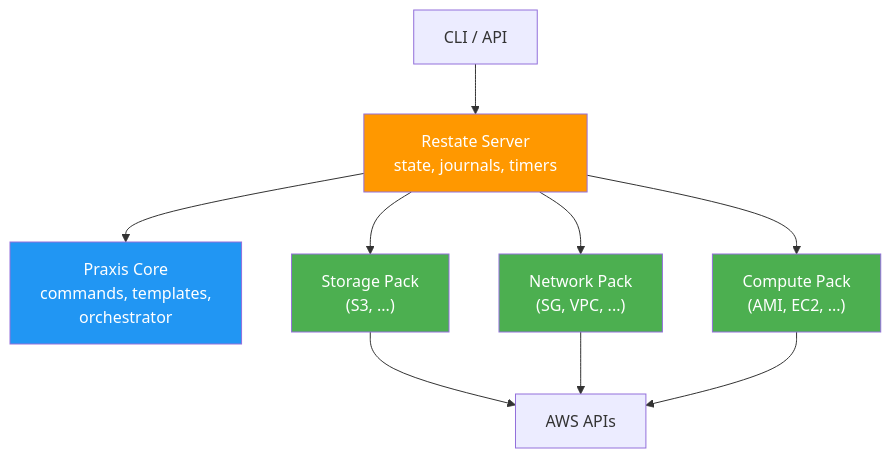
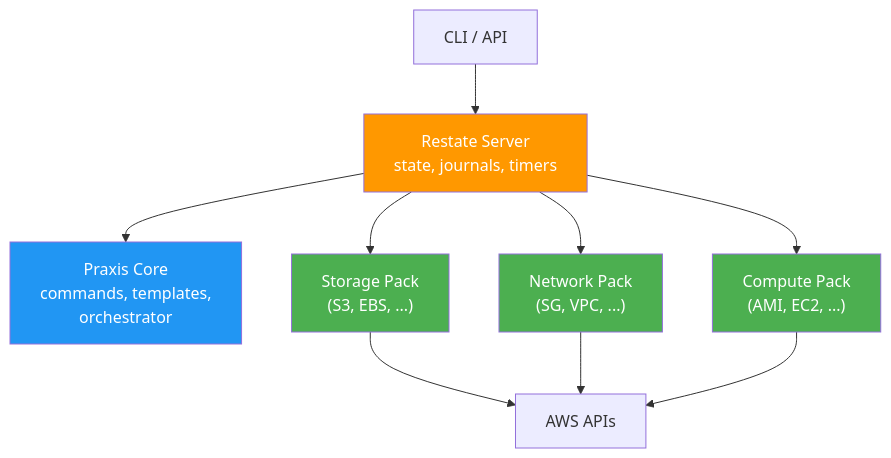
One commit to shirvan/praxis changed the first of 3 diagrams in docs/OPERATORS.md. Above: the diagram before and after it, drawn with Mermaid. The commit also changed 25 other files, not shown here.

````diff
--- a/docs/OPERATORS.md
+++ b/docs/OPERATORS.md
@@ -9,19 +9,19 @@
 ```mermaid
 graph TD
     CLI["CLI / API"] --> RS["Restate Server<br/>state, journals, timers"]
 
     RS --> Core["Praxis Core<br/>commands, templates,<br/>orchestrator"]
-    RS --> SP["Storage Pack<br/>(S3, ...)"]
+    RS --> SP["Storage Pack<br/>(S3, EBS, ...)"]
     RS --> NP["Network Pack<br/>(SG, VPC, ...)"]
     RS --> CP["Compute Pack<br/>(AMI, EC2, ...)"]
 
     SP --> AWS["AWS APIs"]
     NP --> AWS
     CP --> AWS
 
     style RS fill:#FF9800,color:#fff
     style Core fill:#2196F3,color:#fff
     style SP fill:#4CAF50,color:#fff
     style NP fill:#4CAF50,color:#fff
     style CP fill:#4CAF50,color:#fff
 ```
````
